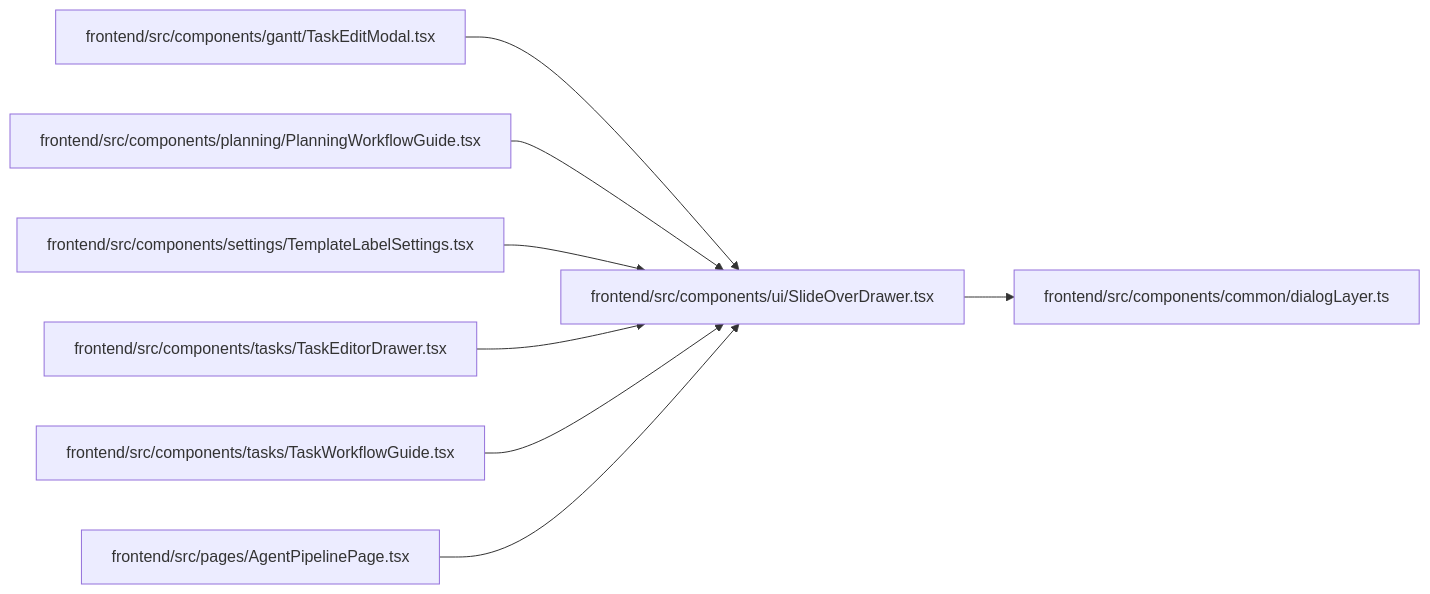
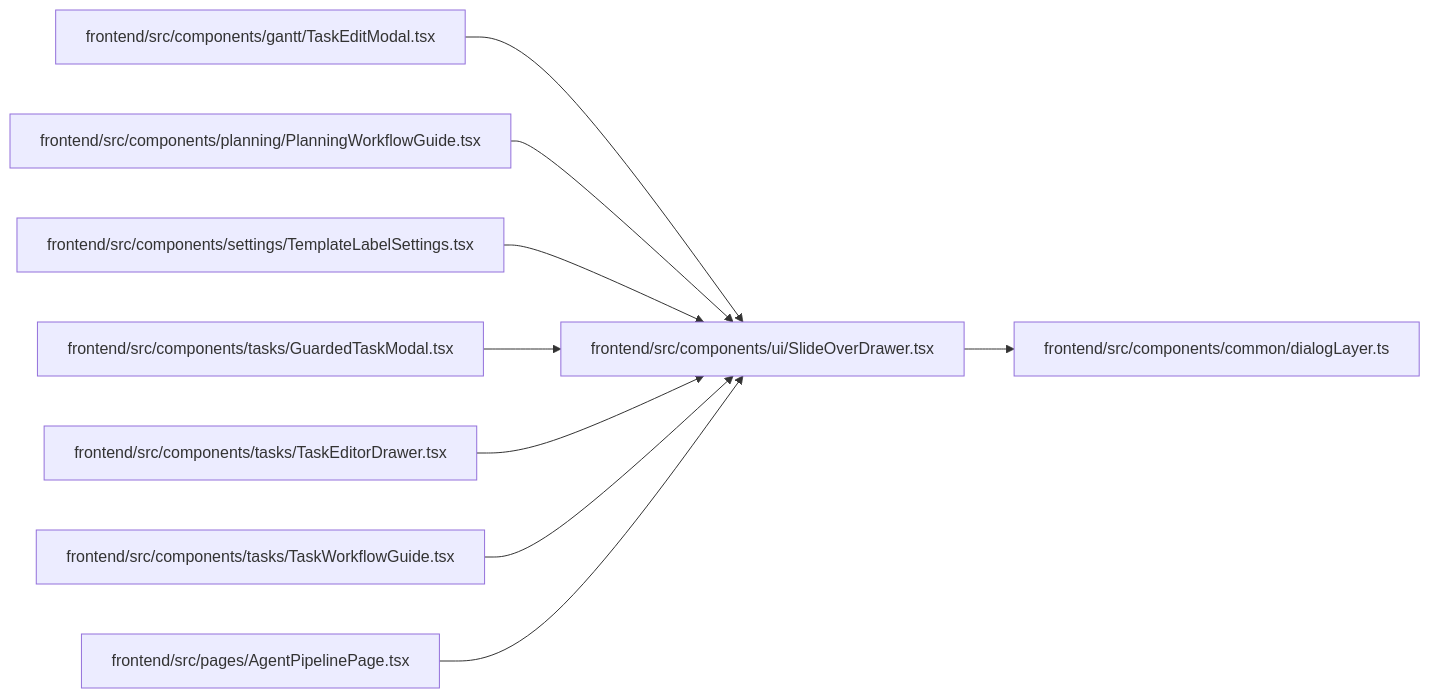
The diagram in docs/llm_wiki/modules/SlideOverDrawer.md (Denissvgn/WorkChord), drawn with Mermaid before and after one commit. The commit also changed other lines of this file and 386 other files, not shown here.

````diff
--- a/docs/llm_wiki/modules/SlideOverDrawer.md
+++ b/docs/llm_wiki/modules/SlideOverDrawer.md
@@ -30,26 +30,29 @@
 ```mermaid
 flowchart LR
     n0["frontend/src/components/common/dialogLayer.ts"]
     n1["frontend/src/components/gantt/TaskEditModal.tsx"]
     n2["frontend/src/components/planning/PlanningWorkflowGuide.tsx"]
     n3["frontend/src/components/settings/TemplateLabelSettings.tsx"]
-    n4["frontend/src/components/tasks/TaskEditorDrawer.tsx"]
-    n5["frontend/src/components/tasks/TaskWorkflowGuide.tsx"]
-    n6["frontend/src/components/ui/SlideOverDrawer.tsx"]
-    n7["frontend/src/pages/AgentPipelinePage.tsx"]
-    n1 --> n6
-    n2 --> n6
-    n3 --> n6
-    n4 --> n6
-    n5 --> n6
-    n6 --> n0
-    n7 --> n6
+    n4["frontend/src/components/tasks/GuardedTaskModal.tsx"]
+    n5["frontend/src/components/tasks/TaskEditorDrawer.tsx"]
+    n6["frontend/src/components/tasks/TaskWorkflowGuide.tsx"]
+    n7["frontend/src/components/ui/SlideOverDrawer.tsx"]
+    n8["frontend/src/pages/AgentPipelinePage.tsx"]
+    n1 --> n7
+    n2 --> n7
+    n3 --> n7
+    n4 --> n7
+    n5 --> n7
+    n6 --> n7
+    n7 --> n0
+    n8 --> n7
     click n0 "../modules/dialogLayer.md"
     click n1 "../modules/TaskEditModal.md"
     click n2 "../modules/PlanningWorkflowGuide.md"
     click n3 "../modules/TemplateLabelSettings.md"
-    click n4 "../modules/TaskEditorDrawer.md"
-    click n5 "../modules/TaskWorkflowGuide.md"
-    click n6 "../modules/SlideOverDrawer.md"
-    click n7 "../modules/AgentPipelinePage.md"
+    click n4 "../modules/GuardedTaskModal.md"
+    click n5 "../modules/TaskEditorDrawer.md"
+    click n6 "../modules/TaskWorkflowGuide.md"
+    click n7 "../modules/SlideOverDrawer.md"
+    click n8 "../modules/AgentPipelinePage.md"
 ```
````
